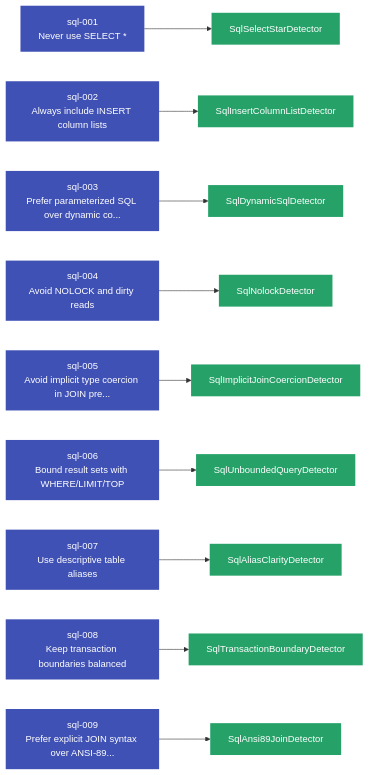
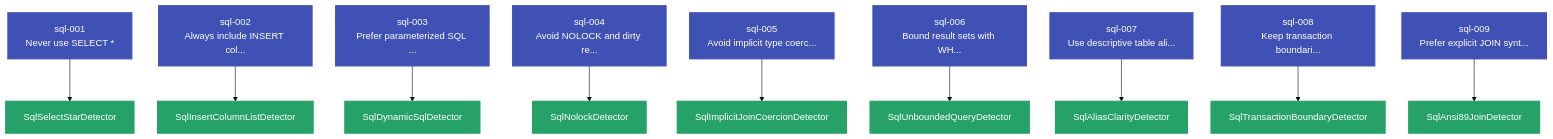
The first of 4 diagrams in docs/user-guide/languages/sql.md (Anselmoo/mcp-zen-of-languages), drawn with Mermaid before and after one commit. The commit also changed other lines of this file and 20 other files, not shown here.

Commit message:
fix: improve Mermaid visualization - contrast, text overflow, new diagrams

````diff
--- a/docs/user-guide/languages/sql.md
+++ b/docs/user-guide/languages/sql.md
@@ -185,50 +185,51 @@
     ```mermaid
-    graph LR
+%%{init: {"theme": "base", "flowchart": {"useMaxWidth": false, "htmlLabels": true, "nodeSpacing": 40, "rankSpacing": 60}}}%%
+    graph TD
     sql_001["sql-001<br/>Never use SELECT *"]
-    sql_002["sql-002<br/>Always include INSERT column lists"]
-    sql_003["sql-003<br/>Prefer parameterized SQL over dynamic co..."]
-    sql_004["sql-004<br/>Avoid NOLOCK and dirty reads"]
-    sql_005["sql-005<br/>Avoid implicit type coercion in JOIN pre..."]
-    sql_006["sql-006<br/>Bound result sets with WHERE/LIMIT/TOP"]
-    sql_007["sql-007<br/>Use descriptive table aliases"]
-    sql_008["sql-008<br/>Keep transaction boundaries balanced"]
-    sql_009["sql-009<br/>Prefer explicit JOIN syntax over ANSI-89..."]
+    sql_002["sql-002<br/>Always include INSERT col..."]
+    sql_003["sql-003<br/>Prefer parameterized SQL ..."]
+    sql_004["sql-004<br/>Avoid NOLOCK and dirty re..."]
+    sql_005["sql-005<br/>Avoid implicit type coerc..."]
+    sql_006["sql-006<br/>Bound result sets with WH..."]
+    sql_007["sql-007<br/>Use descriptive table ali..."]
+    sql_008["sql-008<br/>Keep transaction boundari..."]
+    sql_009["sql-009<br/>Prefer explicit JOIN synt..."]
     det_SqlAliasClarityDetector["SqlAliasClarityDetector"]
     sql_007 --> det_SqlAliasClarityDetector
     det_SqlAnsi89JoinDetector["SqlAnsi89JoinDetector"]
     sql_009 --> det_SqlAnsi89JoinDetector
     det_SqlDynamicSqlDetector["SqlDynamicSqlDetector"]
     sql_003 --> det_SqlDynamicSqlDetector
     det_SqlImplicitJoinCoercionDetector["SqlImplicitJoinCoercionDetector"]
     sql_005 --> det_SqlImplicitJoinCoercionDetector
     det_SqlInsertColumnListDetector["SqlInsertColumnListDetector"]
     sql_002 --> det_SqlInsertColumnListDetector
     det_SqlNolockDetector["SqlNolockDetector"]
     sql_004 --> det_SqlNolockDetector
     det_SqlSelectStarDetector["SqlSelectStarDetector"]
     sql_001 --> det_SqlSelectStarDetector
     det_SqlTransactionBoundaryDetector["SqlTransactionBoundaryDetector"]
     sql_008 --> det_SqlTransactionBoundaryDetector
     det_SqlUnboundedQueryDetector["SqlUnboundedQueryDetector"]
     sql_006 --> det_SqlUnboundedQueryDetector
-    classDef principle fill:#4051b5,color:#fff,stroke:none
-    classDef detector fill:#26a269,color:#fff,stroke:none
+    classDef principle fill:#4051b5,color:#ffffff,stroke:#4051b5,stroke-width:2px
+    classDef detector fill:#26a269,color:#ffffff,stroke:#26a269,stroke-width:2px
     class sql_001 principle
     class sql_002 principle
     class sql_003 principle
     class sql_004 principle
     class sql_005 principle
     class sql_006 principle
     class sql_007 principle
     class sql_008 principle
     class sql_009 principle
     class det_SqlAliasClarityDetector detector
     class det_SqlAnsi89JoinDetector detector
     class det_SqlDynamicSqlDetector detector
     class det_SqlImplicitJoinCoercionDetector detector
     class det_SqlInsertColumnListDetector detector
     class det_SqlNolockDetector detector
     class det_SqlSelectStarDetector detector
     class det_SqlTransactionBoundaryDetector detector
     class det_SqlUnboundedQueryDetector detector
     ```
````
